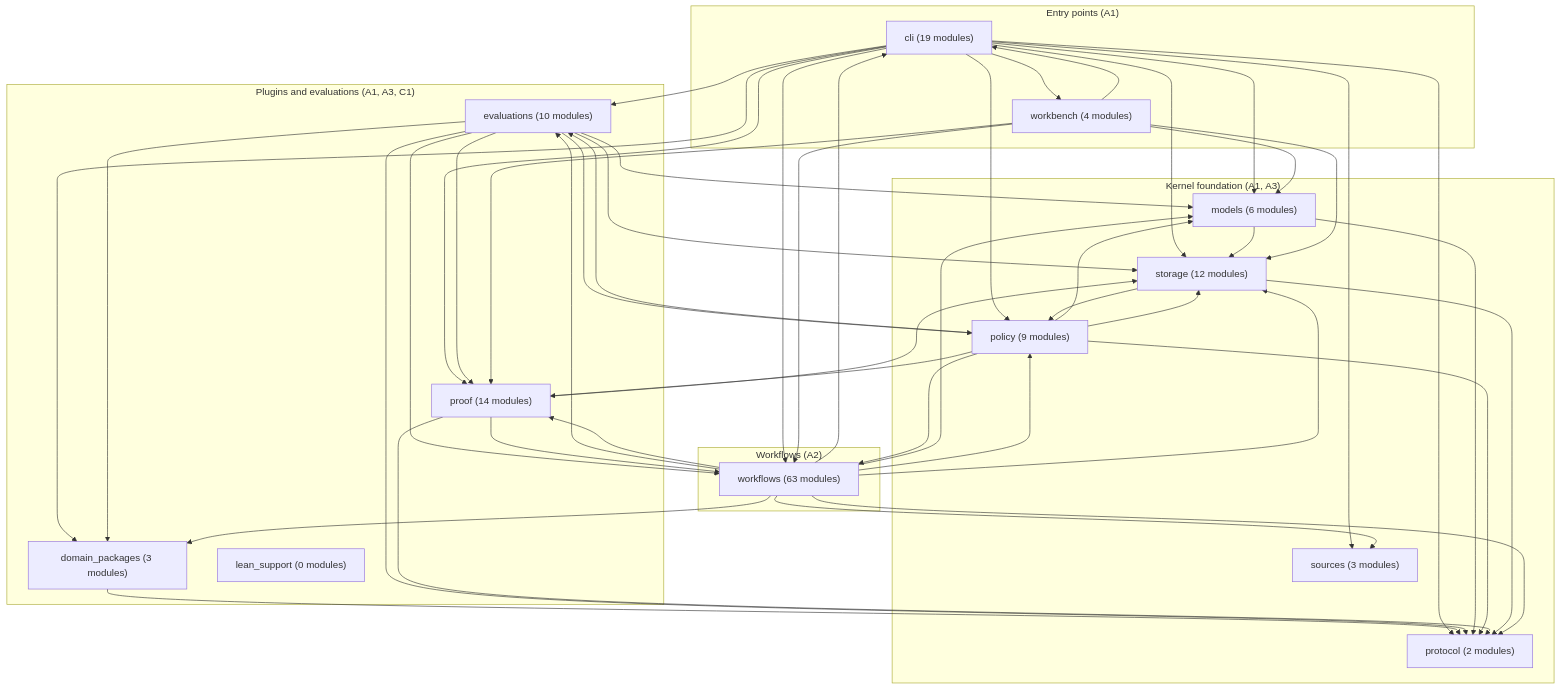
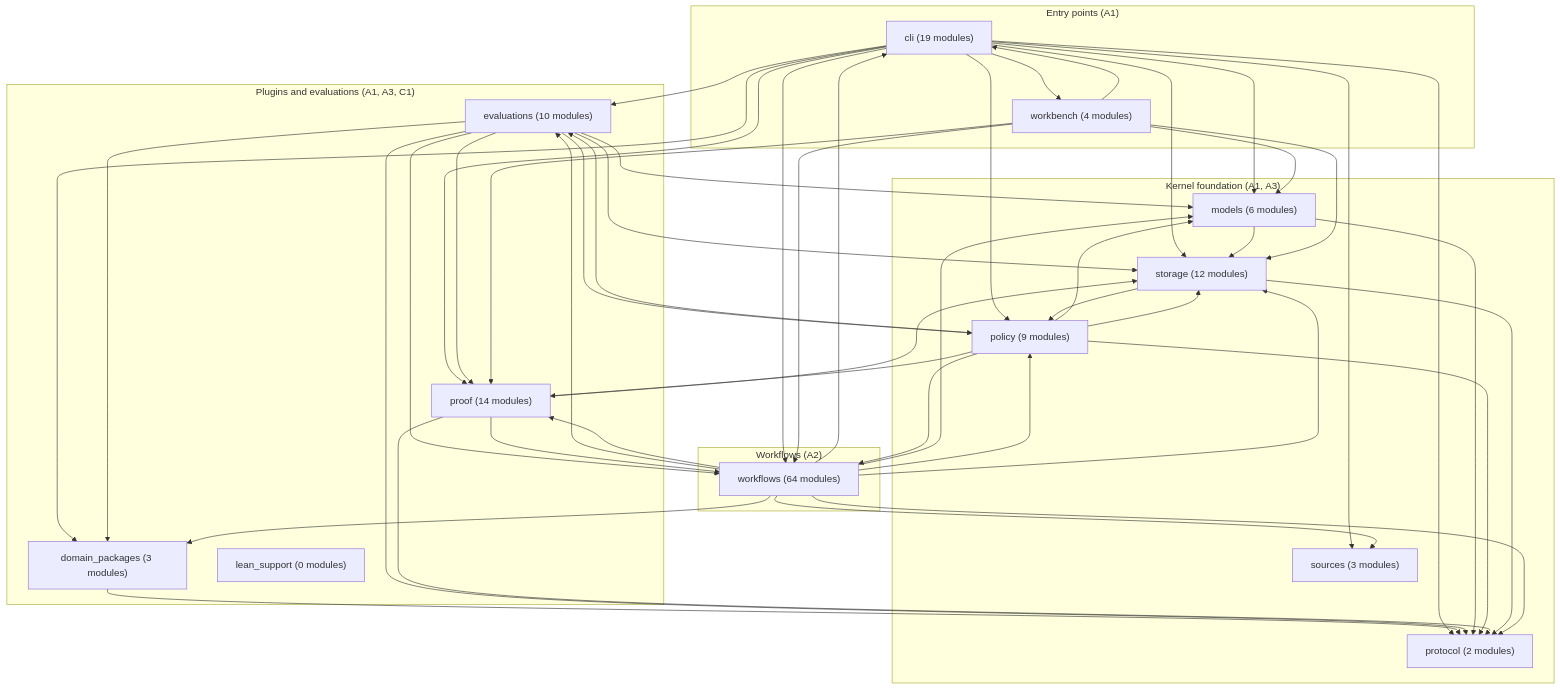
Before and after one commit to SAFuDarren/Trellin: the diagram in docs/architecture-map.md, drawn with Mermaid. The commit also changed other lines of this file and 10 other files, not shown here.

````diff
--- a/docs/architecture-map.md
+++ b/docs/architecture-map.md
@@ -14,68 +14,68 @@
 ```mermaid
 flowchart TD
     subgraph layer_entry["Entry points (A1)"]
         cli["cli (19 modules)"]
         workbench["workbench (4 modules)"]
     end
     subgraph layer_workflows["Workflows (A2)"]
-        workflows["workflows (63 modules)"]
+        workflows["workflows (64 modules)"]
     end
     subgraph layer_kernel["Kernel foundation (A1, A3)"]
         models["models (6 modules)"]
         policy["policy (9 modules)"]
         protocol["protocol (2 modules)"]
         sources["sources (3 modules)"]
         storage["storage (12 modules)"]
     end
     subgraph layer_plugin["Plugins and evaluations (A1, A3, C1)"]
         domain_packages["domain_packages (3 modules)"]
         evaluations["evaluations (10 modules)"]
         lean_support["lean_support (0 modules)"]
         proof["proof (14 modules)"]
     end
     cli --> domain_packages
     cli --> evaluations
     cli --> models
     cli --> policy
     cli --> proof
     cli --> protocol
     cli --> sources
     cli --> storage
     cli --> workbench
     cli --> workflows
     domain_packages --> protocol
     evaluations --> domain_packages
     evaluations --> models
     evaluations --> policy
     evaluations --> proof
     evaluations --> protocol
     evaluations --> storage
     evaluations --> workflows
     models --> protocol
     models --> storage
     policy --> evaluations
     policy --> models
     policy --> proof
     policy --> protocol
     policy --> storage
     policy --> workflows
     proof --> protocol
     proof --> storage
     proof --> workflows
     storage --> policy
     storage --> protocol
     workbench --> cli
     workbench --> models
     workbench --> proof
     workbench --> storage
     workbench --> workflows
     workflows --> cli
     workflows --> domain_packages
     workflows --> evaluations
     workflows --> models
     workflows --> policy
     workflows --> proof
     workflows --> protocol
     workflows --> sources
     workflows --> storage
 ```
````
